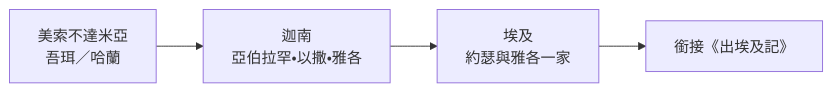
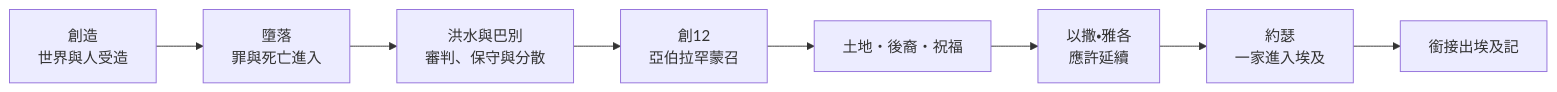
The first of 3 diagrams in 01 創世記/Introduction.md (andyjr5566/Bible_wiki_zh), drawn with Mermaid before and after one commit. The commit also changed other lines of this file, not shown here.

````diff
--- a/01 創世記/Introduction.md
+++ b/01 創世記/Introduction.md
@@ -82,6 +63,10 @@
 ```mermaid
 flowchart LR
-  U[美索不達米亞<br/>吾珥／哈蘭] --> C[迦南<br/>亞伯拉罕・以撒・雅各]
-  C --> E[埃及<br/>約瑟與雅各一家]
-  E --> X[銜接《出埃及記》]
+  A[創造<br/>世界與人受造] --> B[墮落<br/>罪與死亡進入]
+  B --> C[洪水與巴別<br/>審判、保守與分散]
+  C --> D[創12<br/>亞伯拉罕蒙召]
+  D --> E[土地・後裔・祝福]
+  E --> F[以撒・雅各<br/>應許延續]
+  F --> G[約瑟<br/>一家進入埃及]
+  G --> H[銜接出埃及記]
 ```
````
